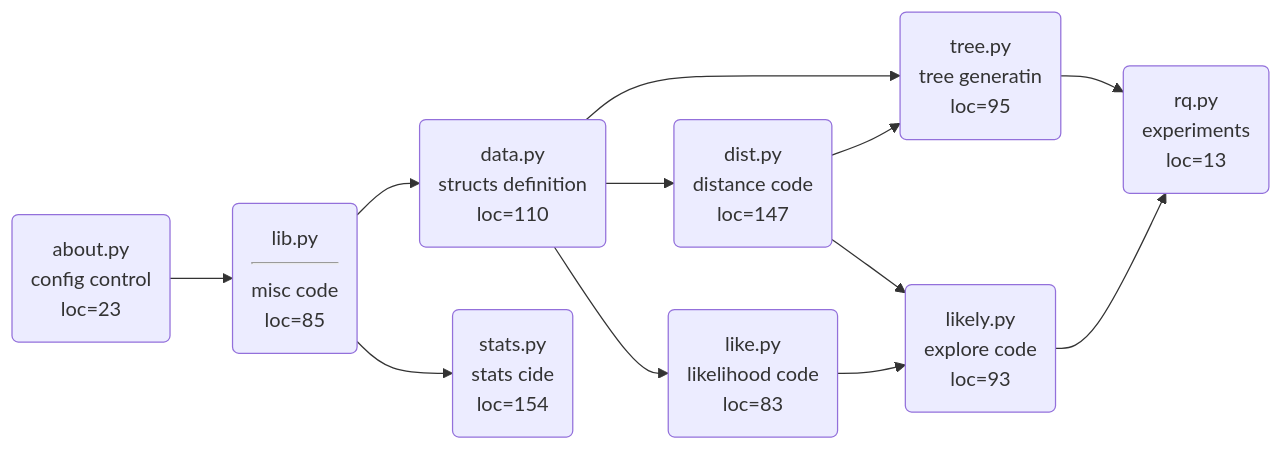
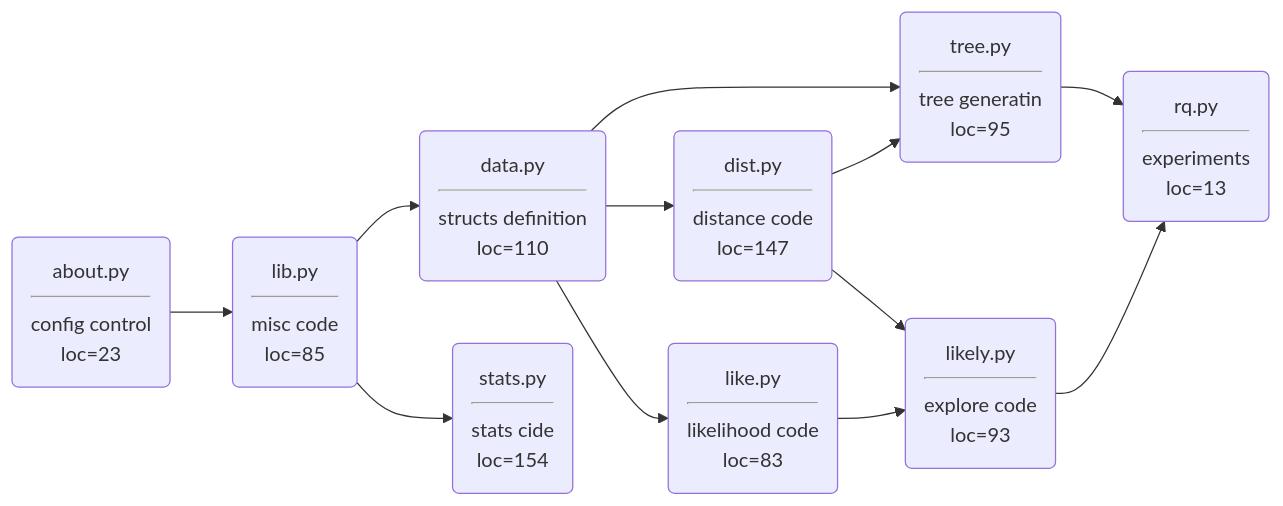
Before and after one commit to timm/ezr: the diagram in ezr/README.md, drawn with Mermaid.

````diff
--- a/ezr/README.md
+++ b/ezr/README.md
@@ -3,23 +3,23 @@
 ```mermaid
 graph LR;
 lib(lib.py<hr>misc code<br>loc=85);
-about(about.py<br>config control<br>loc=23);
-data(data.py<br>structs definition<br>loc=110)
-dist(dist.py<br>distance code<br>loc=147);
-like(like.py<br>likelihood code<br>loc=83);
-likely(likely.py<br>explore code<br>loc=93);
-rq(rq.py<br>experiments<br>loc=13);
-stats(stats.py<br>stats cide<br>loc=154);
-tree(tree.py<br>tree generatin<br>loc=95);
+about(about.py<hr>config control<br>loc=23);
+data(data.py<hr>structs definition<br>loc=110)
+dist(dist.py<hr>distance code<br>loc=147);
+like(like.py<hr>likelihood code<br>loc=83);
+likely(likely.py<hr>explore code<br>loc=93);
+rq(rq.py<hr>experiments<br>loc=13);
+stats(stats.py<hr>stats cide<br>loc=154);
+tree(tree.py<hr>tree generatin<br>loc=95);
 lib --> data;
 data --> dist;
 about --> lib;
 data --> like;
 dist --> likely;
 like --> likely;
 lib --> stats;
 data --> tree;
 dist --> tree;
 tree --> rq;
 likely --> rq;
 ```
````
